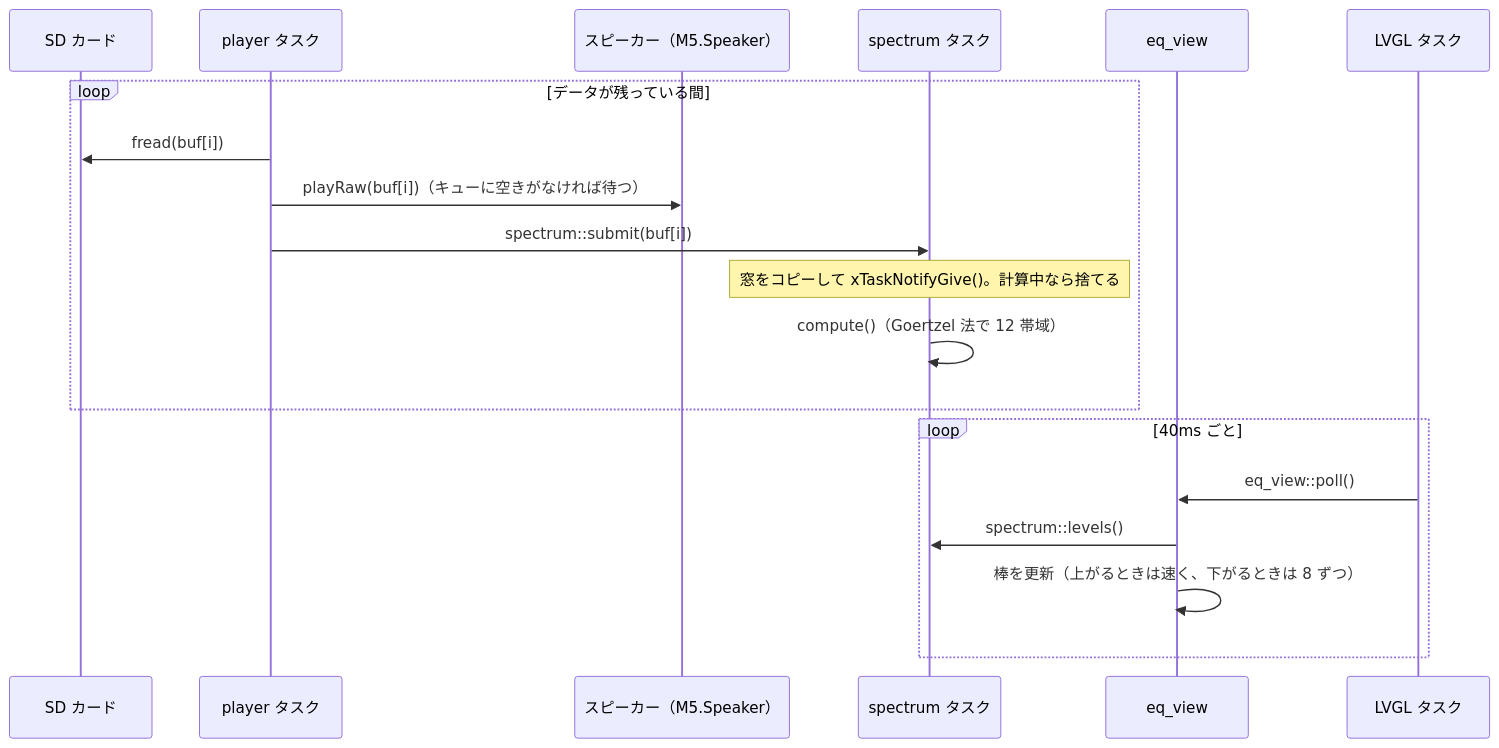
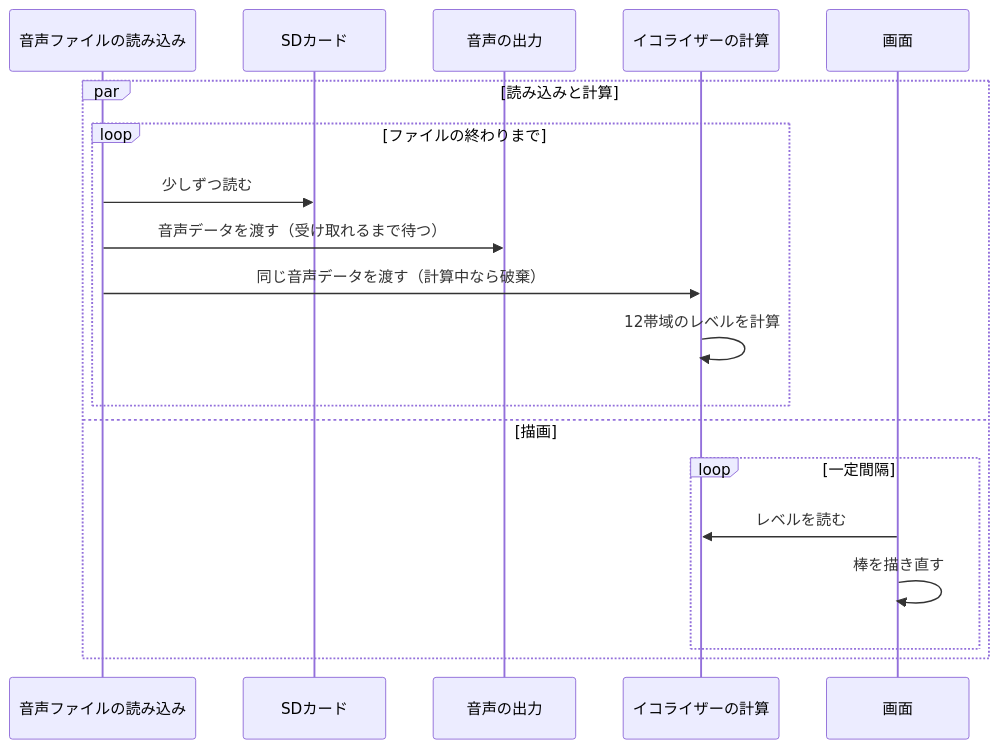
One commit to stonedev-app/pocket-deck changed the third of 5 diagrams in docs/architecture/sequences.md. Above: the diagram before and after it, drawn with Mermaid. The commit also changed other lines of this file and 10 other files, not shown here.

First line of the commit message:
docs: sequences.md を概念の流れで描き直し、英数字前後の空白をなくす

````diff
--- a/docs/architecture/sequences.md
+++ b/docs/architecture/sequences.md
@@ -83,22 +62,22 @@
 ```mermaid
 sequenceDiagram
-    participant SD as SD カード
-    participant PT as player タスク
-    participant SP as スピーカー（M5.Speaker）
-    participant E as spectrum タスク
-    participant EV as eq_view
-    participant L as LVGL タスク
+    participant P as 音声ファイルの読み込み
+    participant SD as SDカード
+    participant SP as 音声の出力
+    participant E as イコライザーの計算
+    participant UI as 画面
 
-    loop データが残っている間
-        PT->>SD: fread(buf[i])
-        PT->>SP: playRaw(buf[i])（キューに空きがなければ待つ）
-        PT->>E: spectrum::submit(buf[i])
-        Note over E: 窓をコピーして xTaskNotifyGive()。計算中なら捨てる
-        E->>E: compute()（Goertzel 法で 12 帯域）
-    end
-    loop 40ms ごと
-        L->>EV: eq_view::poll()
-        EV->>E: spectrum::levels()
-        EV->>EV: 棒を更新（上がるときは速く、下がるときは 8 ずつ）
+    par 読み込みと計算
+        loop ファイルの終わりまで
+            P->>SD: 少しずつ読む
+            P->>SP: 音声データを渡す（受け取れるまで待つ）
+            P->>E: 同じ音声データを渡す（計算中なら破棄）
+            E->>E: 12帯域のレベルを計算
+        end
+    and 描画
+        loop 一定間隔
+            UI->>E: レベルを読む
+            UI->>UI: 棒を描き直す
+        end
     end
 ```
````
